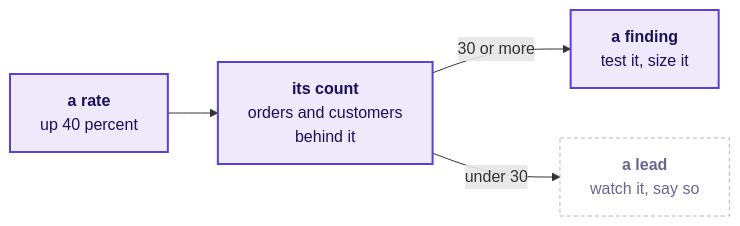
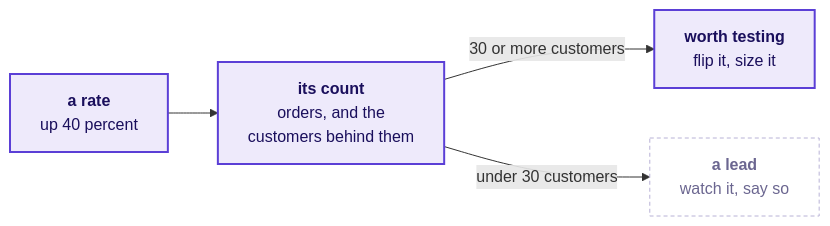
Before and after one commit to fde-academy-lab/c2-content-factory: diagram 20 of 32 in content/W01/D4/slides/C2_W01_D04_half1_STUDENT.md, drawn with Mermaid. The commit also changed other lines of this file and 4 other files, not shown here.

````diff
--- a/content/W01/D4/slides/C2_W01_D04_half1_STUDENT.md
+++ b/content/W01/D4/slides/C2_W01_D04_half1_STUDENT.md
@@ -826,10 +853,10 @@
 ```mermaid
 flowchart LR
-    R["<b>a rate</b><br/>up 40 percent"] --> N["<b>its count</b><br/>orders and customers<br/>behind it"]
-    N -->|"30 or more"| F["<b>a finding</b><br/>test it, size it"]
-    N -->|"under 30"| L["<b>a lead</b><br/>watch it, say so"]
+    R["<b>a rate</b><br/>up 40 percent"] --> N["<b>its count</b><br/>orders, and the<br/>customers behind them"]
+    N -->|"30 or more customers"| F["<b>worth testing</b><br/>flip it, size it"]
+    N -->|"under 30 customers"| L["<b>a lead</b><br/>watch it, say so"]
     classDef known fill:#EEEAFB,stroke:#5B3FD6,color:#1A0F5C,stroke-width:2px
     classDef unknown fill:#FFFFFF,stroke:#B8B2D6,color:#6B6690,stroke-dasharray:4 3
     class R,N,F known
     class L unknown
 ```
````
